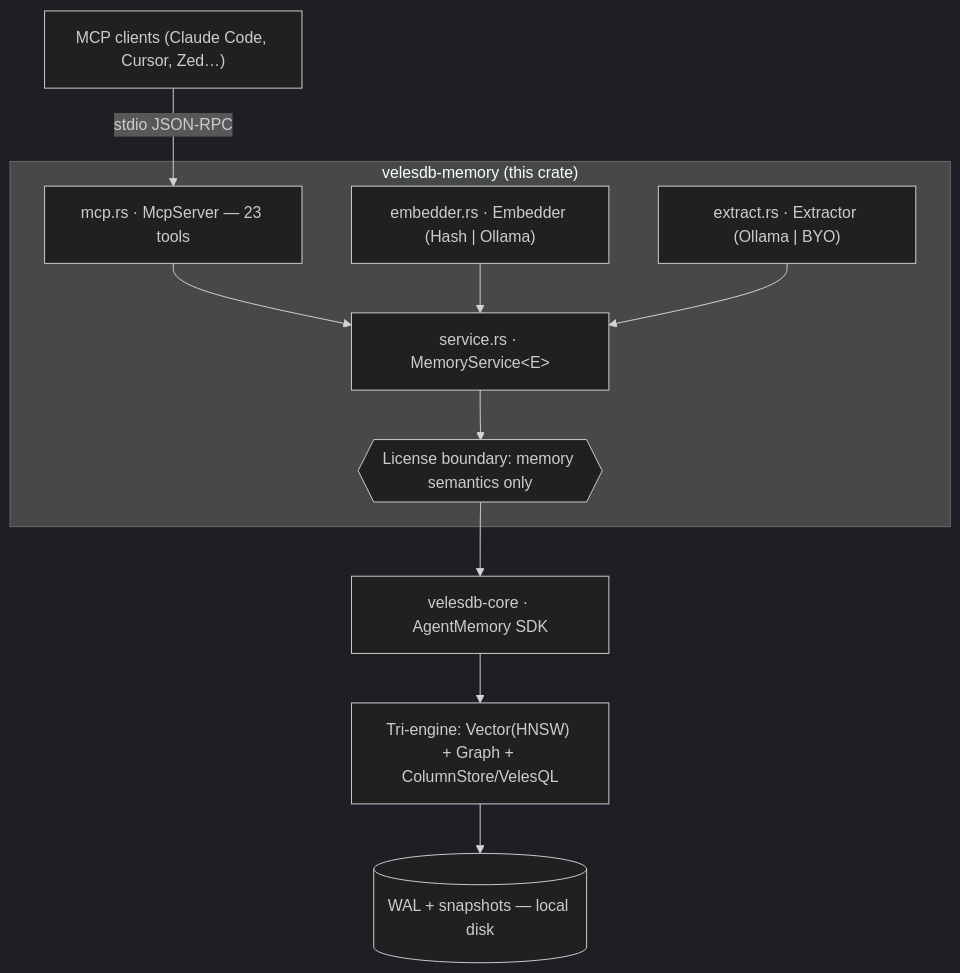
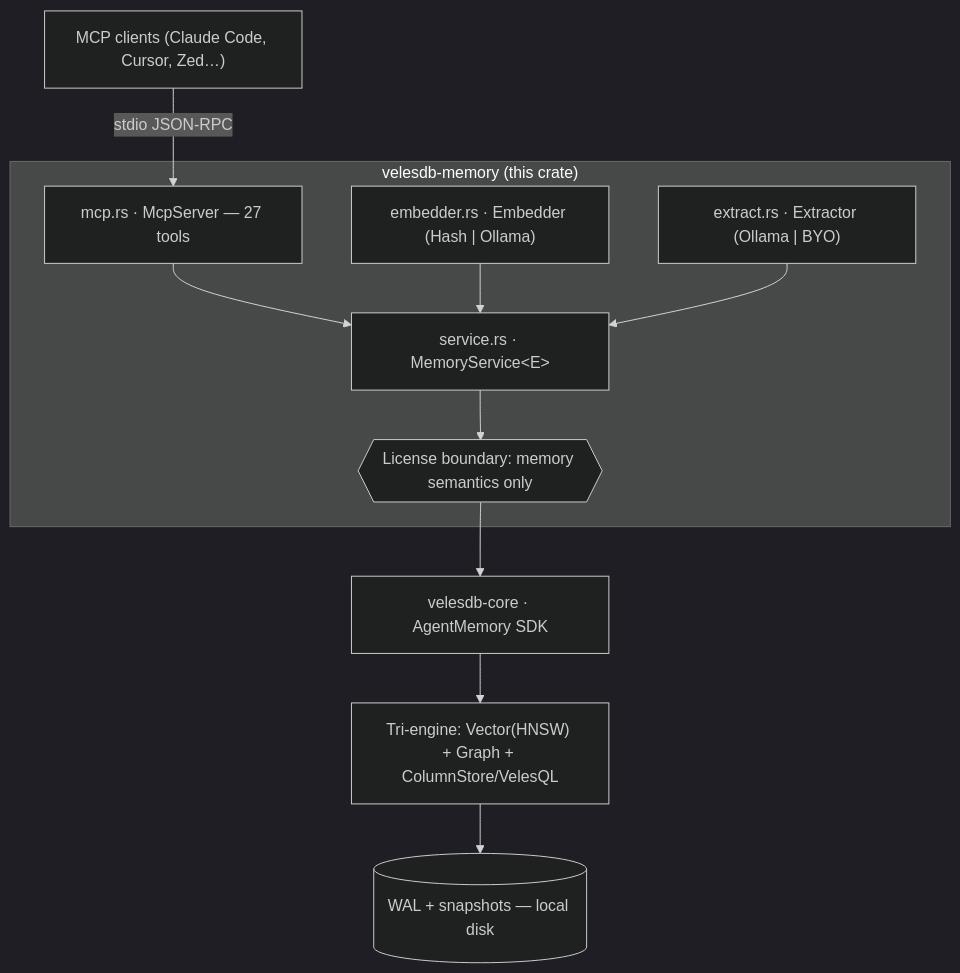
One commit to cyberlife-coder/VelesDB changed the diagram in crates/velesdb-memory/ARCHITECTURE.md. Above: the diagram before and after it, drawn with Mermaid (dark theme). The commit also changed other lines of this file and 48 other files, not shown here.

````diff
--- a/crates/velesdb-memory/ARCHITECTURE.md
+++ b/crates/velesdb-memory/ARCHITECTURE.md
@@ -65,13 +65,13 @@
 ```mermaid
 flowchart TD
   C["MCP clients (Claude Code, Cursor, Zed…)"] -- "stdio JSON-RPC" --> M
   subgraph VM["velesdb-memory (this crate)"]
-    M["mcp.rs · McpServer — 23 tools"] --> S["service.rs · MemoryService&lt;E&gt;"]
+    M["mcp.rs · McpServer — 27 tools"] --> S["service.rs · MemoryService&lt;E&gt;"]
     EMB["embedder.rs · Embedder (Hash | Ollama)"] --> S
     EXT["extract.rs · Extractor (Ollama | BYO)"] --> S
     S --> LB{{"License boundary: memory semantics only"}}
   end
   LB --> AM["velesdb-core · AgentMemory SDK"]
   AM --> ENG["Tri-engine: Vector(HNSW) + Graph + ColumnStore/VelesQL"]
   ENG --> DISK[("WAL + snapshots — local disk")]
 ```
````
